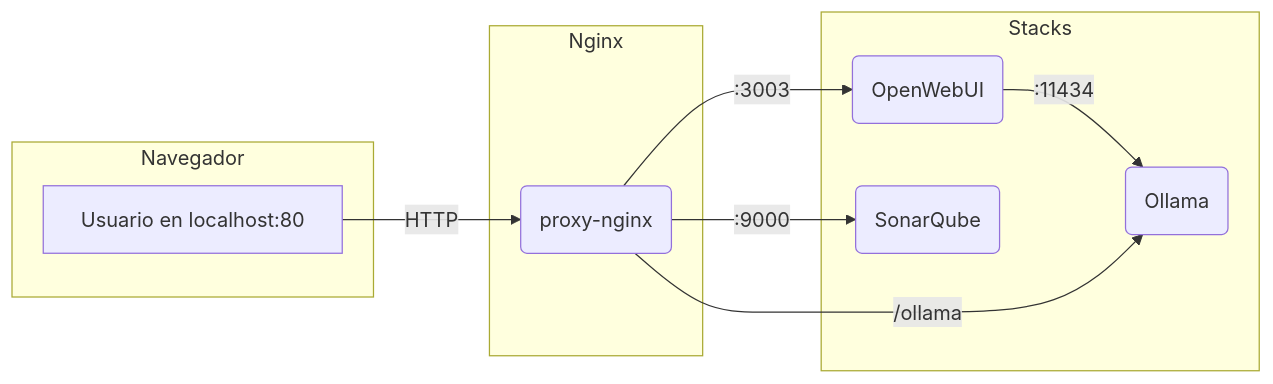
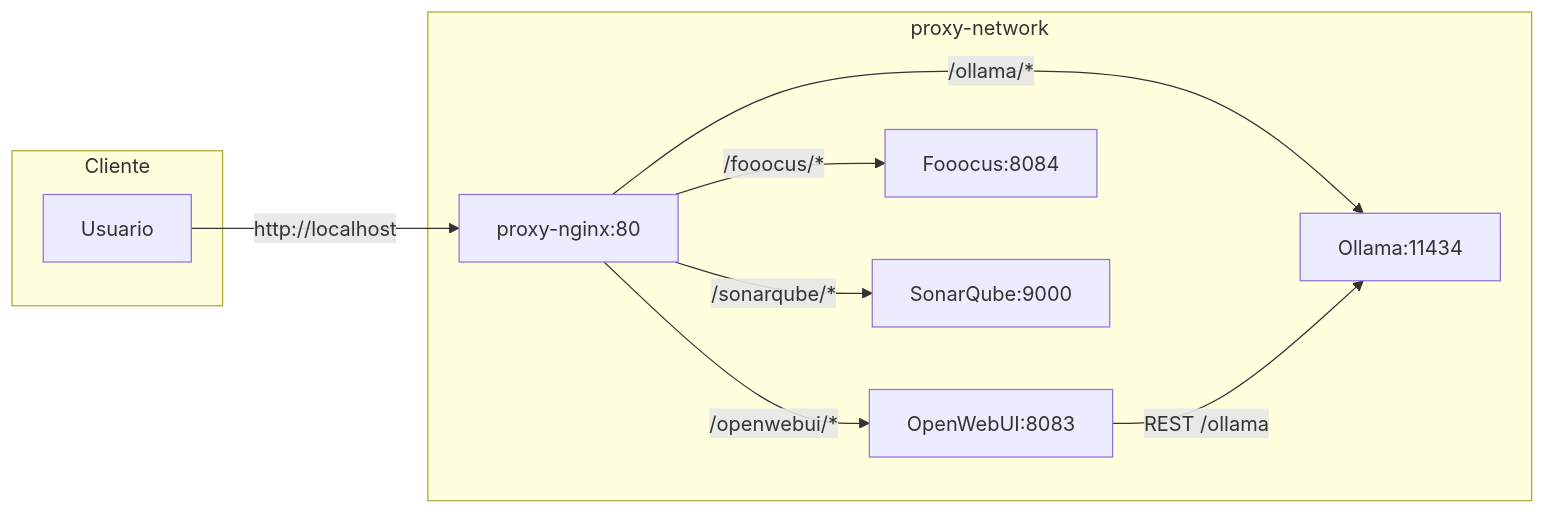
The diagram in README.md (karba98/DockerLocalEcosystem), drawn with Mermaid before and after one commit. The commit also changed other lines of this file and 5 other files, not shown here.

Commit message:
feat: Actualizar README.md, index.html y nginx.conf para mejorar la documentación y la configuración de servicios

````diff
--- a/README.md
+++ b/README.md
@@ -9,19 +7,20 @@
 ```mermaid
 flowchart LR
-    subgraph Navegador
-        A[Usuario en localhost:80]
+    subgraph Cliente
+        U[Usuario]
     end
-    subgraph Nginx
-        B(proxy-nginx)
+    subgraph proxy-network
+        N[proxy-nginx:80]
+        OL[Ollama:11434]
+        OW[OpenWebUI:8083]
+        F[Fooocus:8084]
+        S[SonarQube:9000]
     end
-    subgraph Stacks
-        C(OpenWebUI)
-        D(SonarQube)
-        E(Ollama)
-    end
-    A-->|HTTP|B
-    B-->|:3003|C
-    B-->|:9000|D
-    C-->|:11434|E
-    B-->|/ollama|E
+    U -->|http://localhost| N
+    N -->|/ollama/*| OL
+    N -->|/openwebui/*| OW
+    %% (Fooocus y Sonar pueden estar comentados en nginx.conf si no se usan)
+    N -->|/fooocus/*| F
+    N -->|/sonarqube/*| S
+    OW -->|REST /ollama| OL
 ```
````
